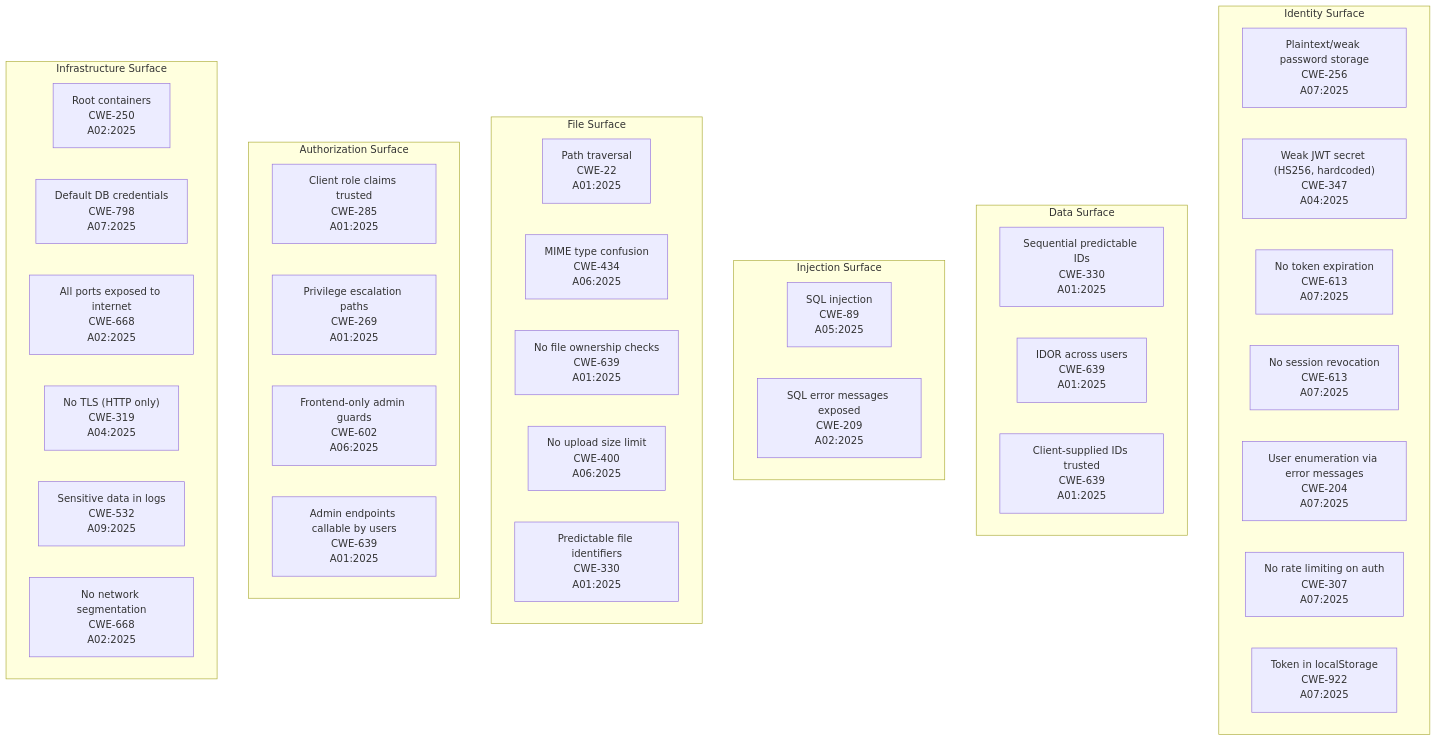
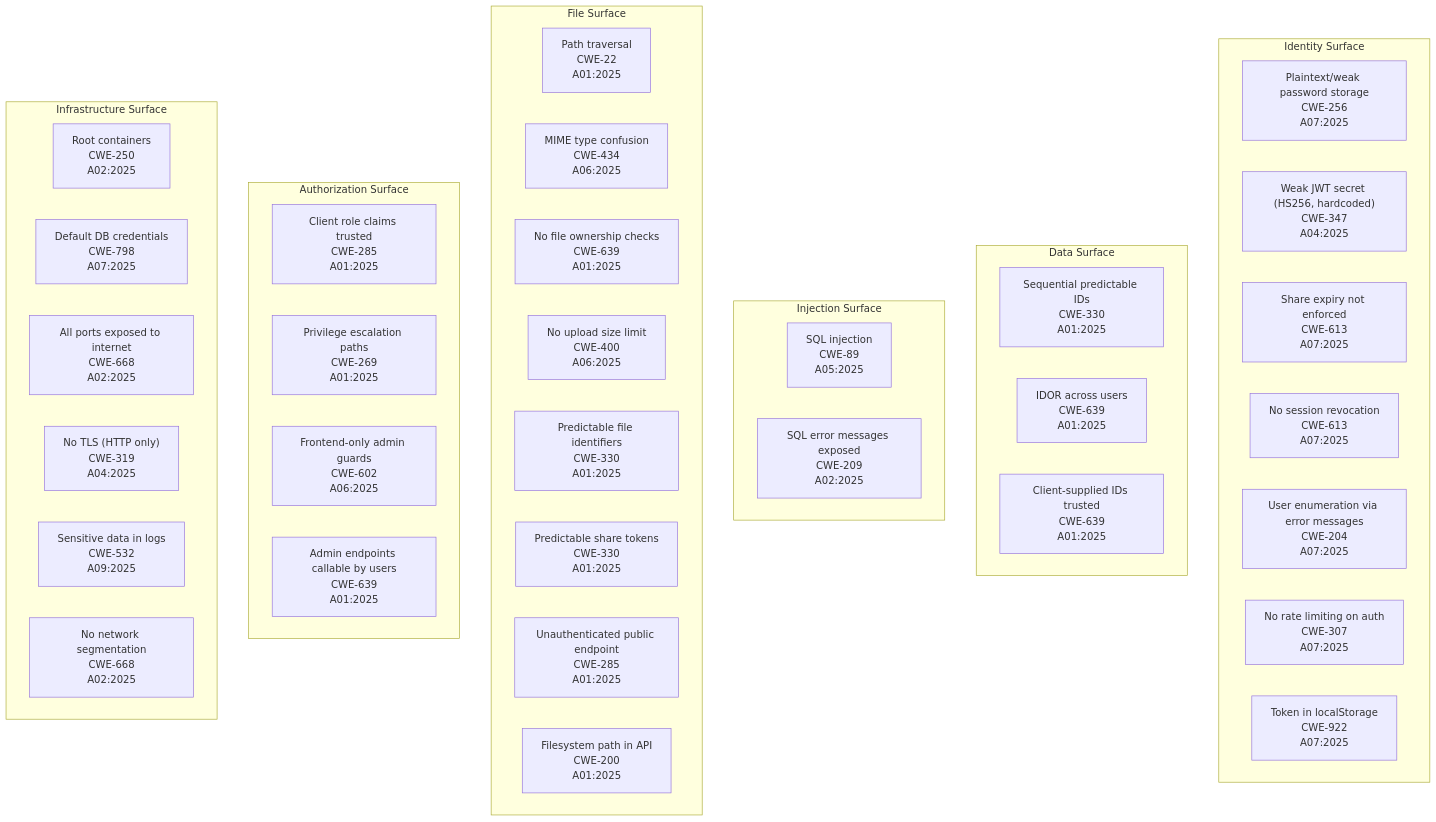
One commit to KLJr-Dev/KC-Project changed the first of 2 diagrams in docs/diagrams/threat-model.md. Above: the diagram before and after it, drawn with Mermaid. The commit also changed other lines of this file and 12 other files, not shown here.

````diff
--- a/docs/diagrams/threat-model.md
+++ b/docs/diagrams/threat-model.md
@@ -11,47 +11,51 @@
 ```mermaid
 graph TD
   subgraph identity ["Identity Surface"]
     PlaintextPW["Plaintext/weak password storage\nCWE-256\nA07:2025"]
     WeakJWT["Weak JWT secret (HS256, hardcoded)\nCWE-347\nA04:2025"]
     NoExpiry["No token expiration\nCWE-613\nA07:2025"]
     NoRevoke["No session revocation\nCWE-613\nA07:2025"]
     UserEnum["User enumeration via error messages\nCWE-204\nA07:2025"]
     NoRateLimit["No rate limiting on auth\nCWE-307\nA07:2025"]
     LocalStorageToken["Token in localStorage\nCWE-922\nA07:2025"]
   end
 
   subgraph data ["Data Surface"]
     SeqIDs["Sequential predictable IDs\nCWE-330\nA01:2025"]
     IDOR["IDOR across users\nCWE-639\nA01:2025"]
     ClientIDs["Client-supplied IDs trusted\nCWE-639\nA01:2025"]
   end
 
   subgraph injection ["Injection Surface"]
     SQLi["SQL injection\nCWE-89\nA05:2025"]
     SQLErrors["SQL error messages exposed\nCWE-209\nA02:2025"]
   end
 
   subgraph files ["File Surface"]
     PathTraversal["Path traversal\nCWE-22\nA01:2025"]
     MIMEConfusion["MIME type confusion\nCWE-434\nA06:2025"]
     NoFileOwnership["No file ownership checks\nCWE-639\nA01:2025"]
     OversizedUpload["No upload size limit\nCWE-400\nA06:2025"]
     PredictableFileIDs["Predictable file identifiers\nCWE-330\nA01:2025"]
+    PredictableShareTokens["Predictable share tokens\nCWE-330\nA01:2025"]
+    UnauthPublic["Unauthenticated public endpoint\nCWE-285\nA01:2025"]
+    NoExpiry["Share expiry not enforced\nCWE-613\nA07:2025"]
+    PathDisclosure["Filesystem path in API\nCWE-200\nA01:2025"]
   end
 
   subgraph authz ["Authorization Surface"]
     ClientRoles["Client role claims trusted\nCWE-285\nA01:2025"]
     PrivEsc["Privilege escalation paths\nCWE-269\nA01:2025"]
     FEOnlyGuard["Frontend-only admin guards\nCWE-602\nA06:2025"]
     CrossUserAccess["Admin endpoints callable by users\nCWE-639\nA01:2025"]
   end
 
   subgraph infra ["Infrastructure Surface"]
     RootContainers["Root containers\nCWE-250\nA02:2025"]
     DefaultCreds["Default DB credentials\nCWE-798\nA07:2025"]
     AllPortsExposed["All ports exposed to internet\nCWE-668\nA02:2025"]
     NoTLS["No TLS (HTTP only)\nCWE-319\nA04:2025"]
     VerboseLogs["Sensitive data in logs\nCWE-532\nA09:2025"]
     NoNetworkSeg["No network segmentation\nCWE-668\nA02:2025"]
   end
 ```
````
